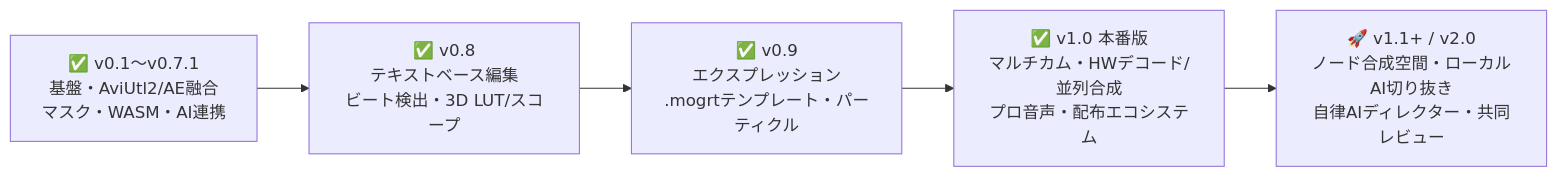
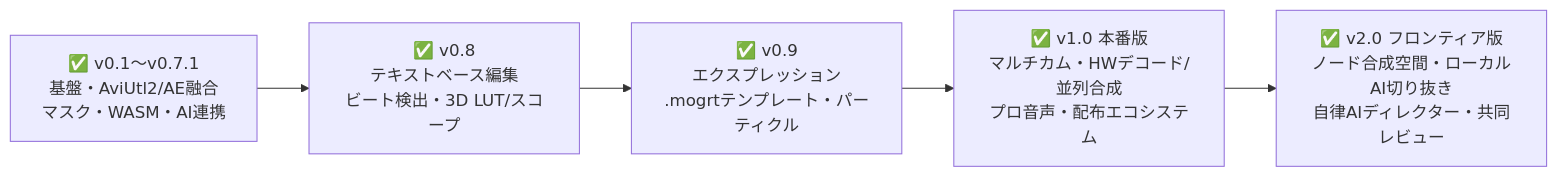
One commit to 0tsu-0w0/video-editing-app_AG changed the diagram in docs/future_features.md. Above: the diagram before and after it, drawn with Mermaid. The commit also changed other lines of this file and 24 other files, not shown here.

````diff
--- a/docs/future_features.md
+++ b/docs/future_features.md
@@ -9,10 +9,10 @@
 ```mermaid
 flowchart LR
   V07["✅ v0.1〜v0.7.1\n基盤・AviUtl2/AE融合\nマスク・WASM・AI連携"]
   V08["✅ v0.8\nテキストベース編集\nビート検出・3D LUT/スコープ"]
   V09["✅ v0.9\nエクスプレッション\n.mogrtテンプレート・パーティクル"]
   V10["✅ v1.0 本番版\nマルチカム・HWデコード/並列合成\nプロ音声・配布エコシステム"]
-  V20["🚀 v1.1+ / v2.0\nノード合成空間・ローカルAI切り抜き\n自律AIディレクター・共同レビュー"]
+  V20["✅ v2.0 フロンティア版\nノード合成空間・ローカルAI切り抜き\n自律AIディレクター・共同レビュー"]
 
   V07 --> V08 --> V09 --> V10 --> V20
 ```
````
